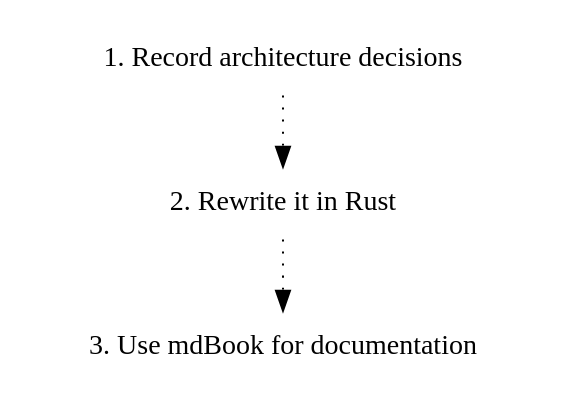
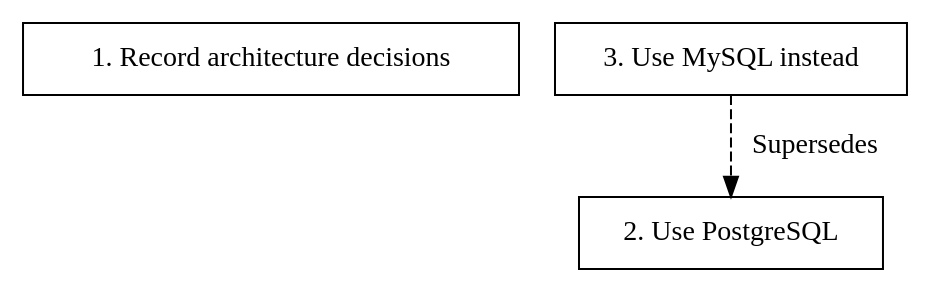
Before and after one commit to joshrotenberg/adrs: the diagram in book/src/commands/generate.md, drawn with Graphviz. The commit also changed other lines of this file and 23 other files, not shown here.

First line of the commit message:
docs: rewrite book and improve CLI help for v2

````diff
--- a/book/src/commands/generate.md
+++ b/book/src/commands/generate.md
@@ -55,12 +109,9 @@
-```graphviz
+```dot
 digraph {
-  node [shape=plaintext]
-  subgraph {
-        _1 [label="1. Record architecture decisions"; URL="0001-record-architecture-decisions.html"];
-        _2 [label="2. Rewrite it in Rust"; URL="0002-rewrite-it-in-rust.html"];
-        _1 -> _2 [style="dotted", weight=1];
-        _3 [label="3. Use mdBook for documentation"; URL="0003-use-mdbook-for-documentation.html"];
-        _2 -> _3 [style="dotted", weight=1];
-  }
+  node [shape=box];
+  _1 [label="1. Record architecture decisions"; URL="0001-record-architecture-decisions.md"];
+  _2 [label="2. Use PostgreSQL"; URL="0002-use-postgresql.md"];
+  _3 [label="3. Use MySQL instead"; URL="0003-use-mysql-instead.md"];
+  _3 -> _2 [style="dashed"; label="Supersedes"];
 }
 ```
````
